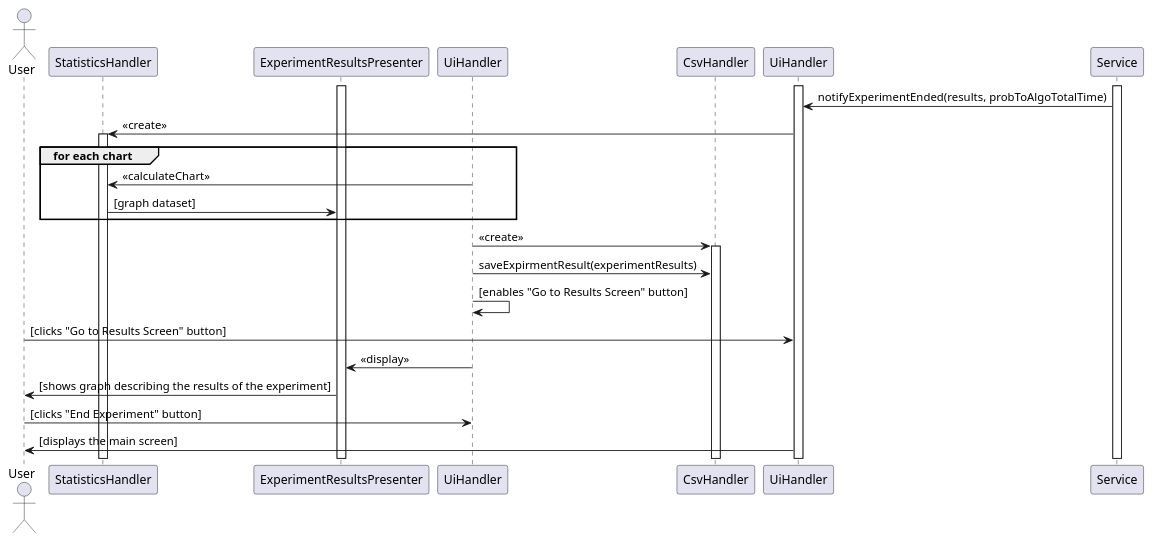
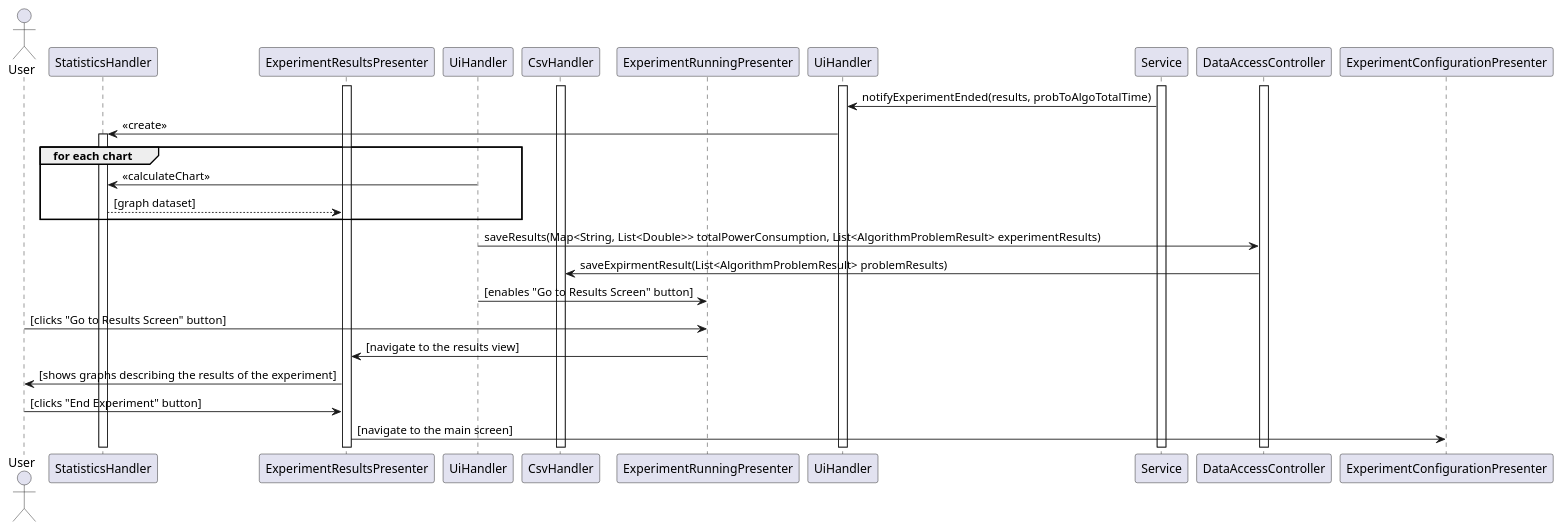
One commit to miamiHits/FinalProject changed the diagram in Docs/Diagrams/behaviour diagrams/scripts/showResultsSeq.puml. Above: the diagram before and after it, drawn with PlantUML. The commit also changed 9 other files, not shown here.

Commit message:
updating the sequence diagram accorsing to the current implementation

```diff
--- a/Docs/Diagrams/behaviour diagrams/scripts/showResultsSeq.puml
+++ b/Docs/Diagrams/behaviour diagrams/scripts/showResultsSeq.puml
@@ -1,38 +1,40 @@
 @startuml
 actor User as u
 participant StatisticsHandler as sth
-participant ExperimentResultsPresenter as res
+participant ExperimentResultsPresenter as resP
 participant UiHandler as ui
 participant CsvHandler as csv
+participant ExperimentRunningPresenter as RunP
 
 activate UiHandler
 activate Service
-activate res
+activate resP
+activate csv
+activate DataAccessController
 
 
 
 Service -> UiHandler : notifyExperimentEnded(results, probToAlgoTotalTime)
 
 UiHandler -> sth : <<create>>
 activate sth
 group for each chart
     ui -> sth : <<calculateChart>>
-    sth -> res : [graph dataset]
+    sth --> resP : [graph dataset]
 end group
 
-ui -> csv : <<create>>
-activate csv
-ui -> csv : saveExpirmentResult(experimentResults)
+ui -> DataAccessController : saveResults(Map<String, List<Double>> totalPowerConsumption, List<AlgorithmProblemResult> experimentResults)
+DataAccessController -> csv : saveExpirmentResult(List<AlgorithmProblemResult> problemResults)
 
-ui -> ui : [enables "Go to Results Screen" button]
-u-> UiHandler : [clicks "Go to Results Screen" button]
+ui -> RunP : [enables "Go to Results Screen" button]
+u-> RunP : [clicks "Go to Results Screen" button]
 
-ui -> res : <<display>>
+RunP -> resP : [navigate to the results view]
 
-res -> u : [shows graph describing the results of the experiment]
+resP -> u : [shows graphs describing the results of the experiment]
 
-u -> ui : [clicks "End Experiment" button]
+u -> resP : [clicks "End Experiment" button]
 
-UiHandler -> u : [displays the main screen]
+resP -> ExperimentConfigurationPresenter : [navigate to the main screen]
 
 @enduml
```
